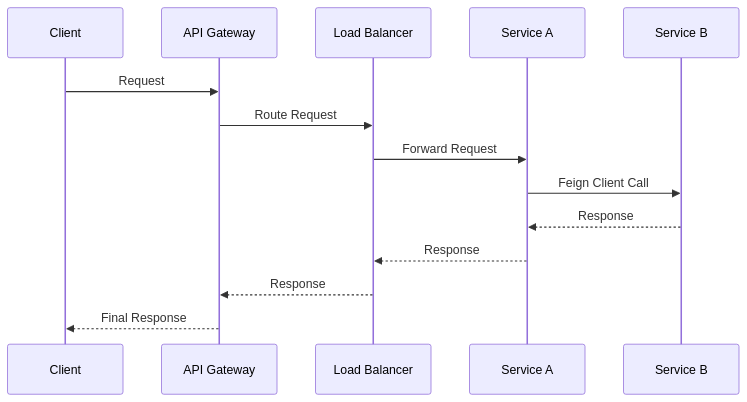
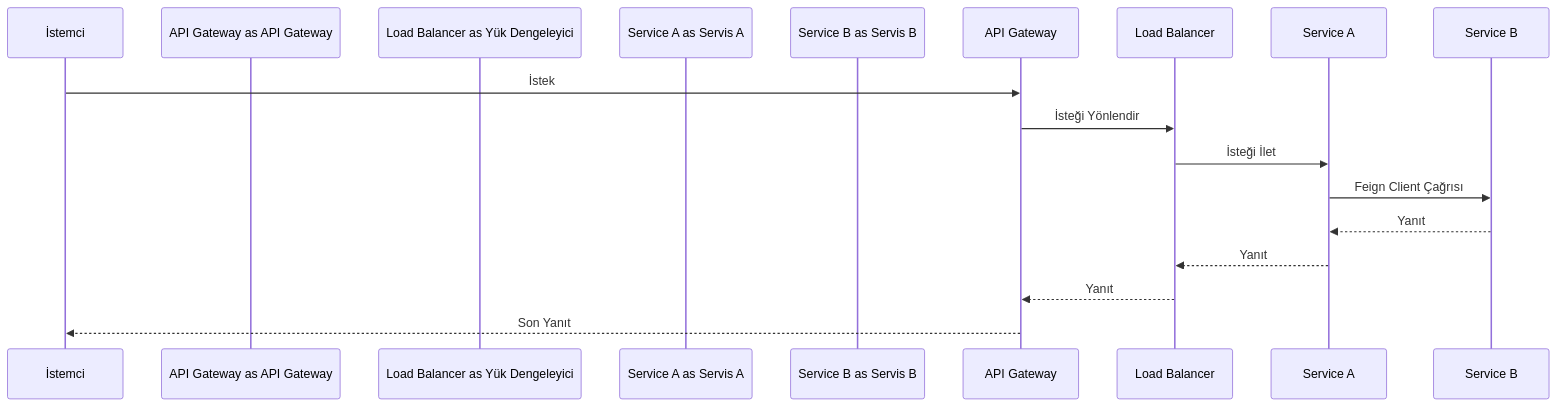
One commit to endmr11/system_design changed the second of 7 diagrams in backend/basics/request-response-model.md. Above: the diagram before and after it, drawn with Mermaid. The commit also changed other lines of this file, not shown here.

````diff
--- a/backend/basics/request-response-model.md
+++ b/backend/basics/request-response-model.md
@@ -50,17 +50,17 @@
 ```mermaid
 sequenceDiagram
-    participant Client
-    participant API Gateway
-    participant Load Balancer
-    participant Service A
-    participant Service B
+    participant Client as İstemci
+    participant API Gateway as API Gateway
+    participant Load Balancer as Yük Dengeleyici
+    participant Service A as Servis A
+    participant Service B as Servis B
     
-    Client->>API Gateway: Request
-    API Gateway->>Load Balancer: Route Request
-    Load Balancer->>Service A: Forward Request
-    Service A->>Service B: Feign Client Call
-    Service B-->>Service A: Response
-    Service A-->>Load Balancer: Response
-    Load Balancer-->>API Gateway: Response
-    API Gateway-->>Client: Final Response
+    Client->>API Gateway: İstek
+    API Gateway->>Load Balancer: İsteği Yönlendir
+    Load Balancer->>Service A: İsteği İlet
+    Service A->>Service B: Feign Client Çağrısı
+    Service B-->>Service A: Yanıt
+    Service A-->>Load Balancer: Yanıt
+    Load Balancer-->>API Gateway: Yanıt
+    API Gateway-->>Client: Son Yanıt
 ```
````
